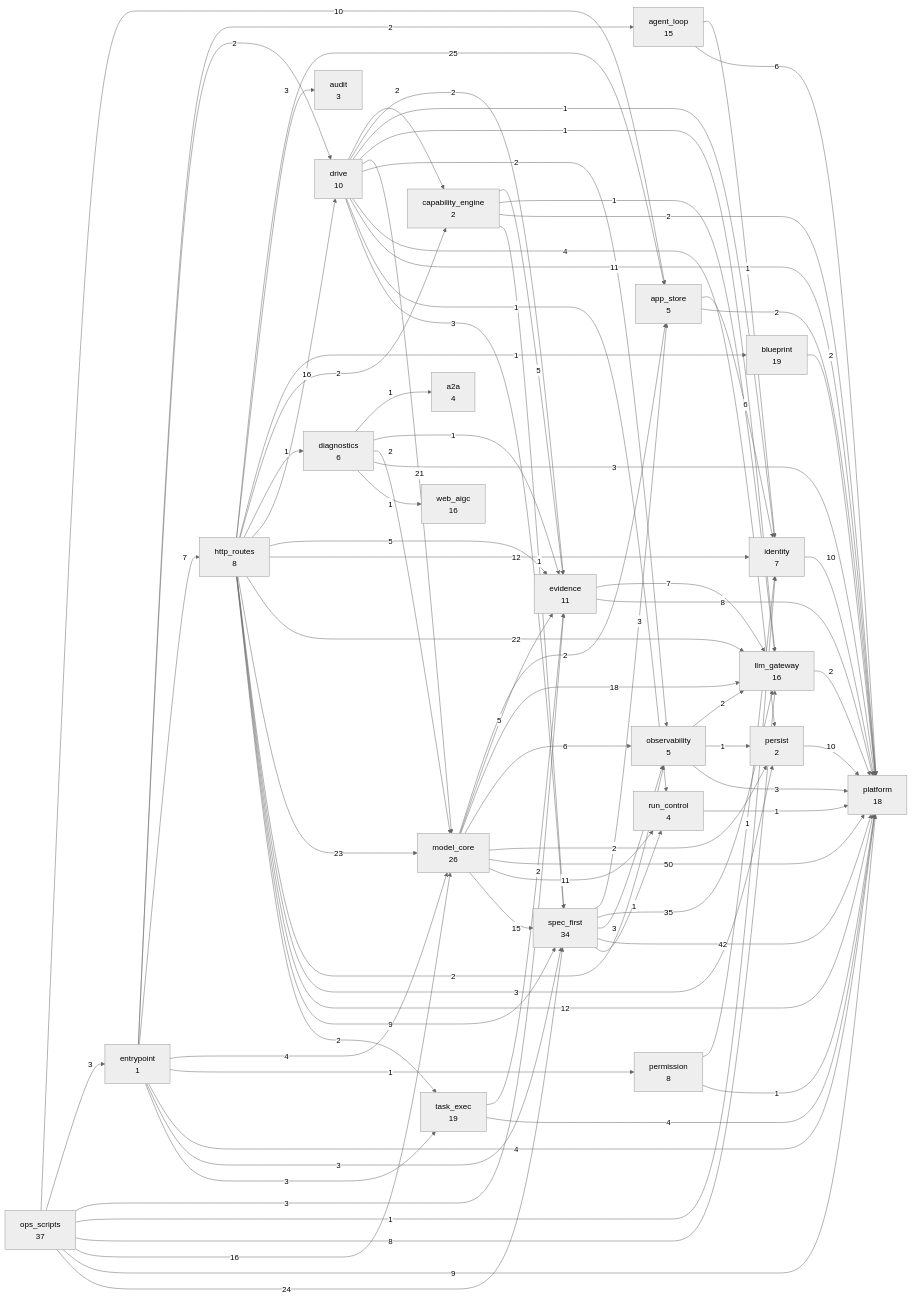
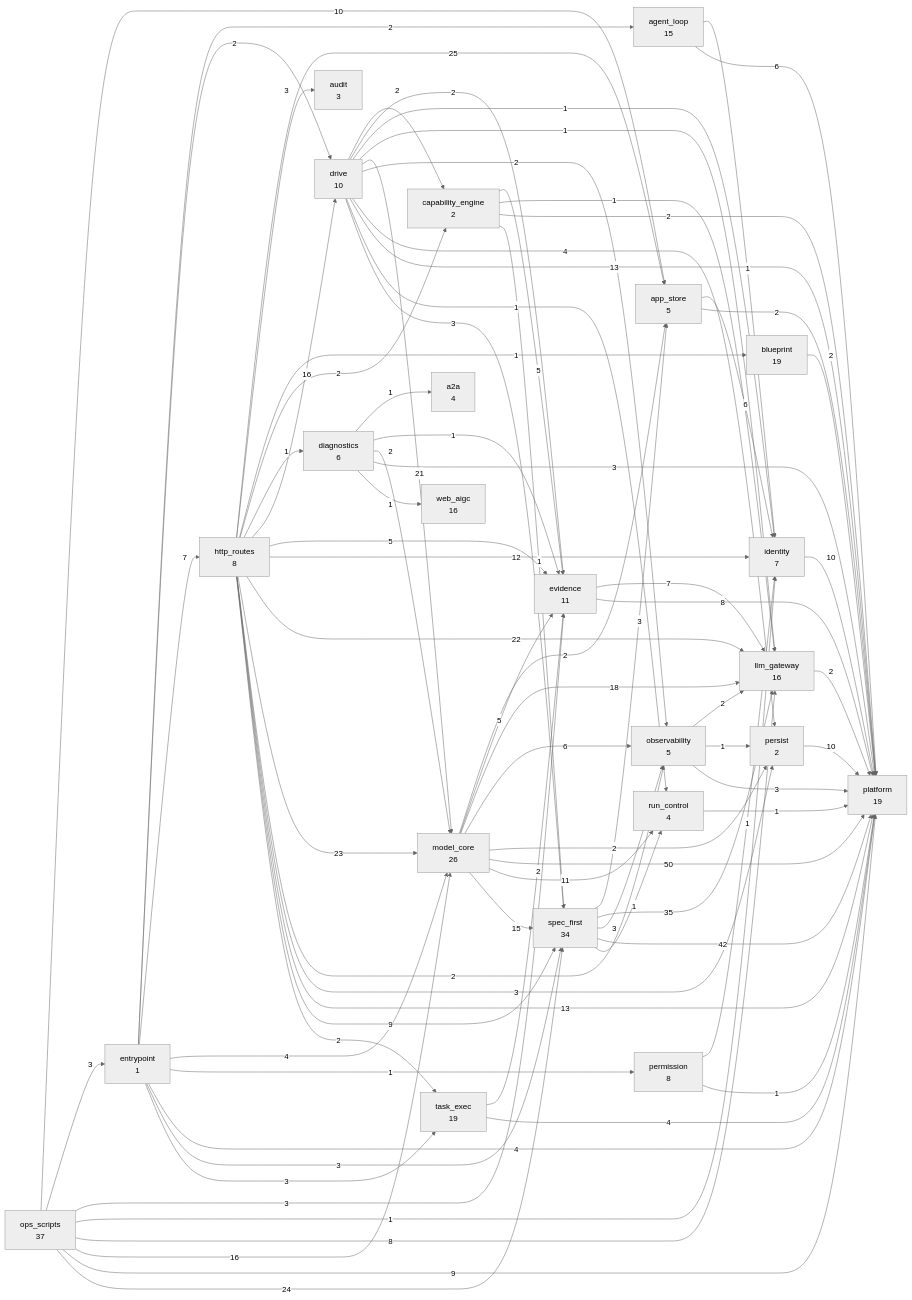
Before and after one commit to 2686521696/WhyBuddy: the second of 2 diagrams in docs/SlideRule V6.2 架构图（自动生成）.md, drawn with Mermaid (neutral theme). The commit also changed other lines of this file and 14 other files, not shown here.

```diff
--- a/docs/SlideRule V6.2 架构图（自动生成）.md
+++ b/docs/SlideRule V6.2 架构图（自动生成）.md
@@ -108,7 +108,7 @@
   ops_scripts["ops_scripts<br/>37"]
   permission["permission<br/>8"]
   persist["persist<br/>2"]
-  platform["platform<br/>18"]
+  platform["platform<br/>19"]
   run_control["run_control<br/>4"]
   spec_first["spec_first<br/>34"]
   task_exec["task_exec<br/>19"]
@@ -134,7 +134,7 @@
   drive -->|21| model_core
   drive -->|2| observability
   drive -->|4| persist
-  drive -->|11| platform
+  drive -->|13| platform
   drive -->|1| run_control
   drive -->|3| spec_first
   entrypoint -->|2| agent_loop
@@ -159,7 +159,7 @@
   http_routes -->|23| model_core
   http_routes -->|2| observability
   http_routes -->|3| persist
-  http_routes -->|12| platform
+  http_routes -->|13| platform
   http_routes -->|9| spec_first
   http_routes -->|2| task_exec
   identity -->|10| platform
```
